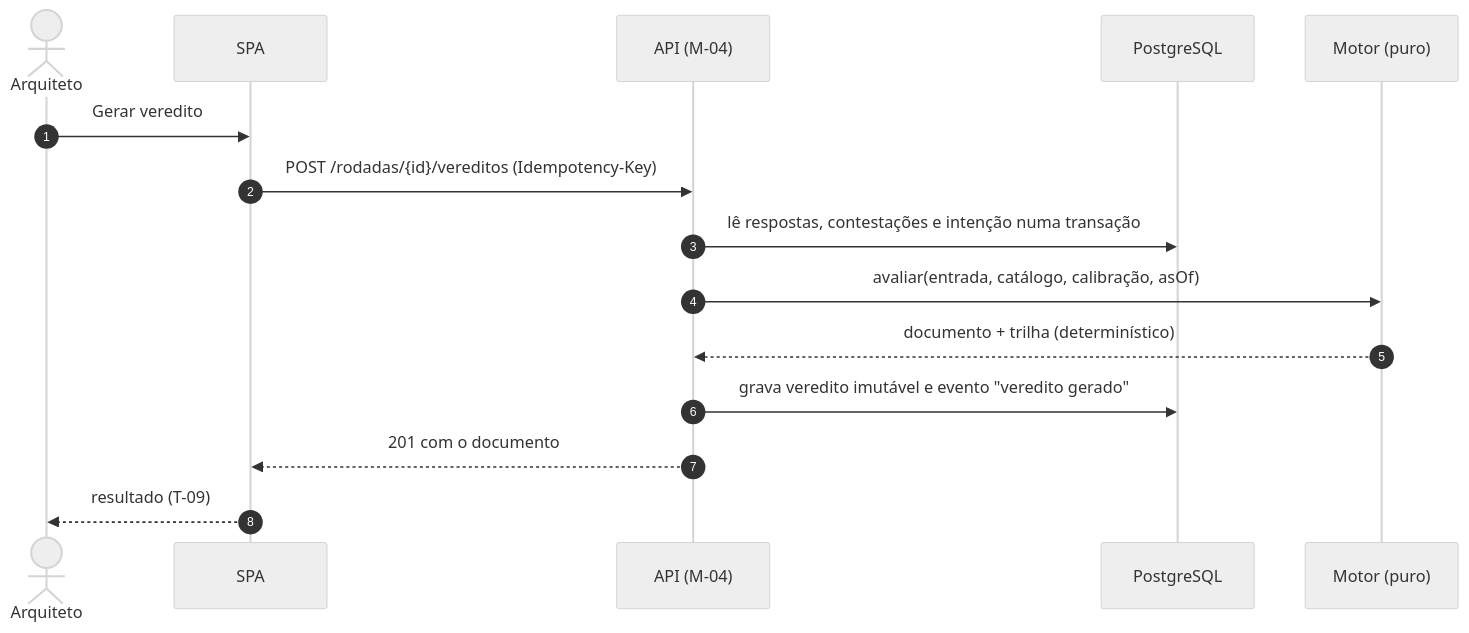
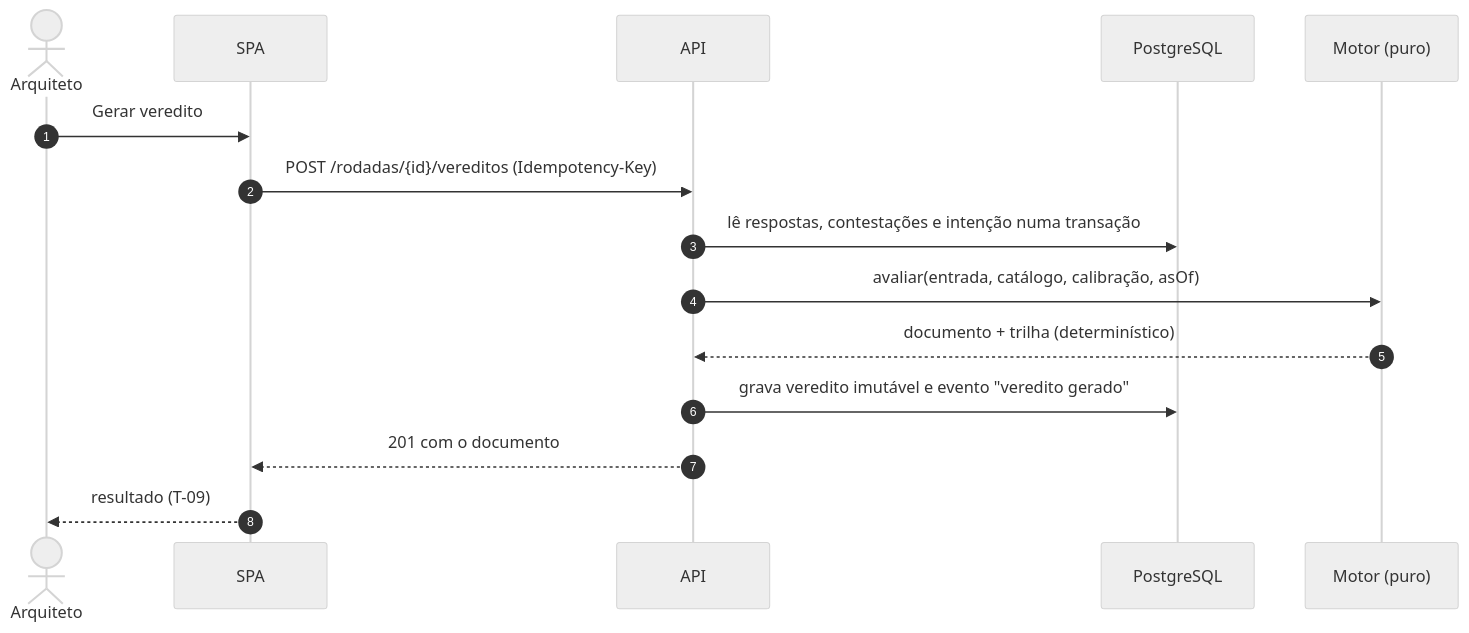
Before and after one commit to RecheEduardo/stacksync: the third of 8 diagrams in StackSync - Parte 4 Arquitetura e planejamento técnico.md, drawn with Mermaid (neutral theme). The commit also changed other lines of this file, not shown here.

````diff
--- a/StackSync - Parte 4 Arquitetura e planejamento técnico.md
+++ b/StackSync - Parte 4 Arquitetura e planejamento técnico.md
@@ -392,17 +389,17 @@
 ```mermaid
 sequenceDiagram
   autonumber
   actor A as Arquiteto
   participant W as SPA
-  participant API as API (M-04)
+  participant API as API
   participant DB as PostgreSQL
   participant E as Motor (puro)
   A->>W: Gerar veredito
   W->>API: POST /rodadas/{id}/vereditos (Idempotency-Key)
   API->>DB: lê respostas, contestações e intenção numa transação
   API->>E: avaliar(entrada, catálogo, calibração, asOf)
   E-->>API: documento + trilha (determinístico)
   API->>DB: grava veredito imutável e evento "veredito gerado"
   API-->>W: 201 com o documento
   W-->>A: resultado (T-09)
 ```
````
